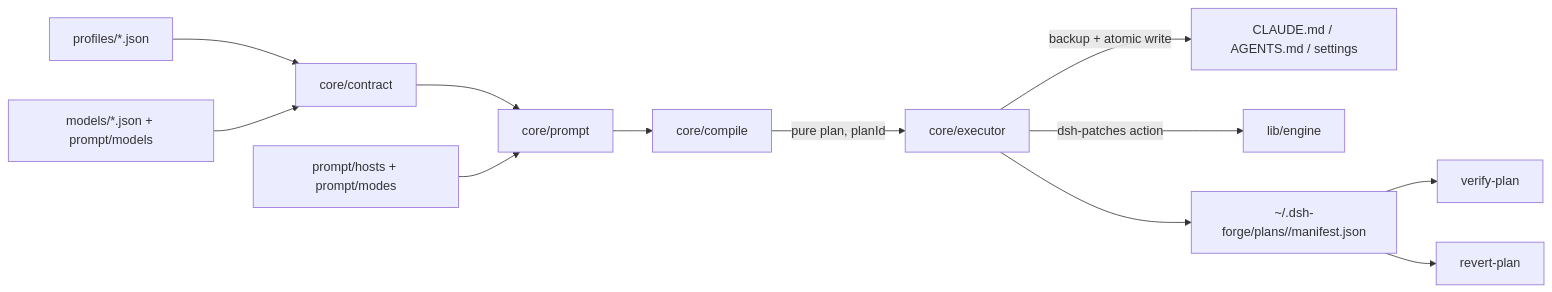
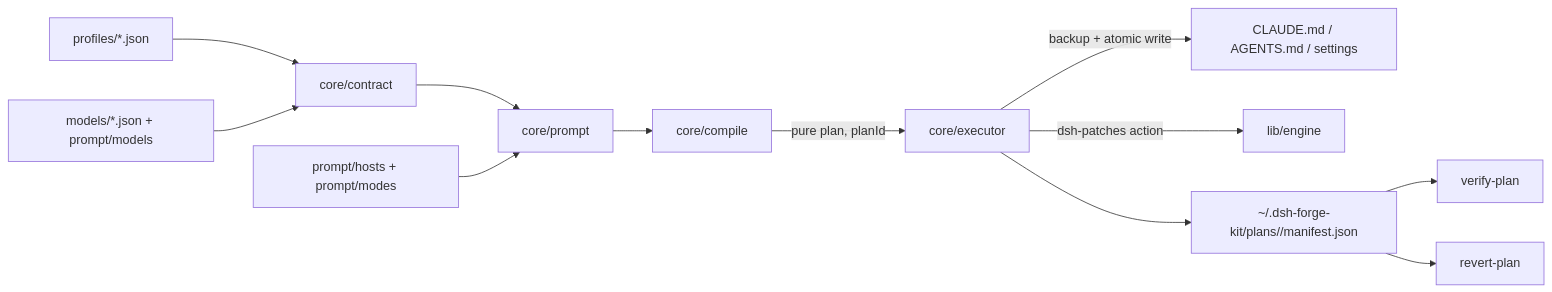
One commit to 1152405245hwc-coder/promptkeel changed the third of 4 diagrams in docs/ARCHITECTURE.md. Above: the diagram before and after it, drawn with Mermaid. The commit also changed other lines of this file and 25 other files, not shown here.

````diff
--- a/docs/ARCHITECTURE.md
+++ b/docs/ARCHITECTURE.md
@@ -134,14 +139,14 @@
 ```mermaid
 flowchart LR
   P[profiles/*.json] --> C[core/contract]
   M[models/*.json + prompt/models] --> C
   C --> R[core/prompt]
   R --> K[core/compile]
   T[prompt/hosts + prompt/modes] --> R
   K -->|pure plan, planId| A[core/executor]
   A -->|backup + atomic write| F[CLAUDE.md / AGENTS.md / settings]
   A -->|dsh-patches action| E[lib/engine]
-  A --> S[~/.dsh-forge/plans/<id>/manifest.json]
+  A --> S[~/.dsh-forge-kit/plans/<id>/manifest.json]
   S --> V[verify-plan]
   S --> X[revert-plan]
 ```
````
